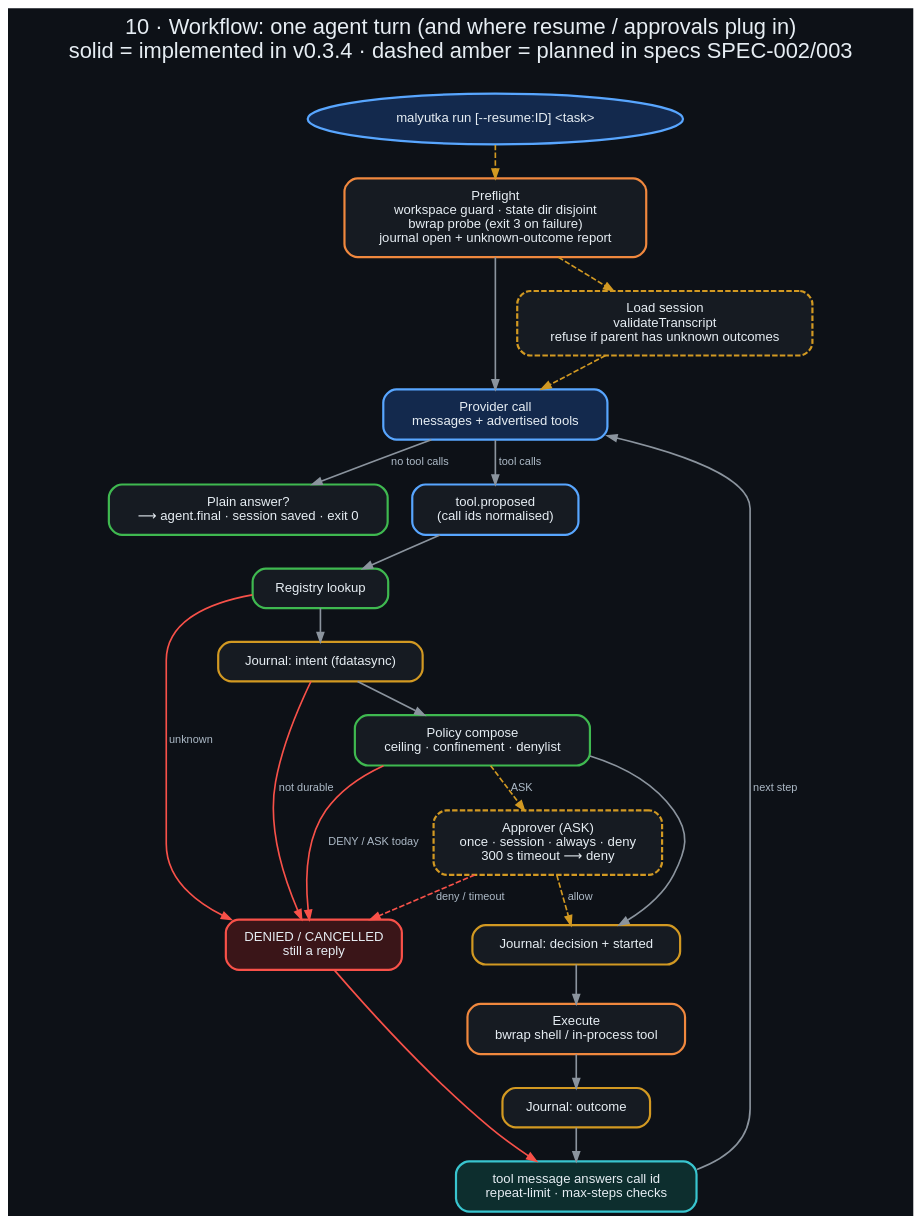
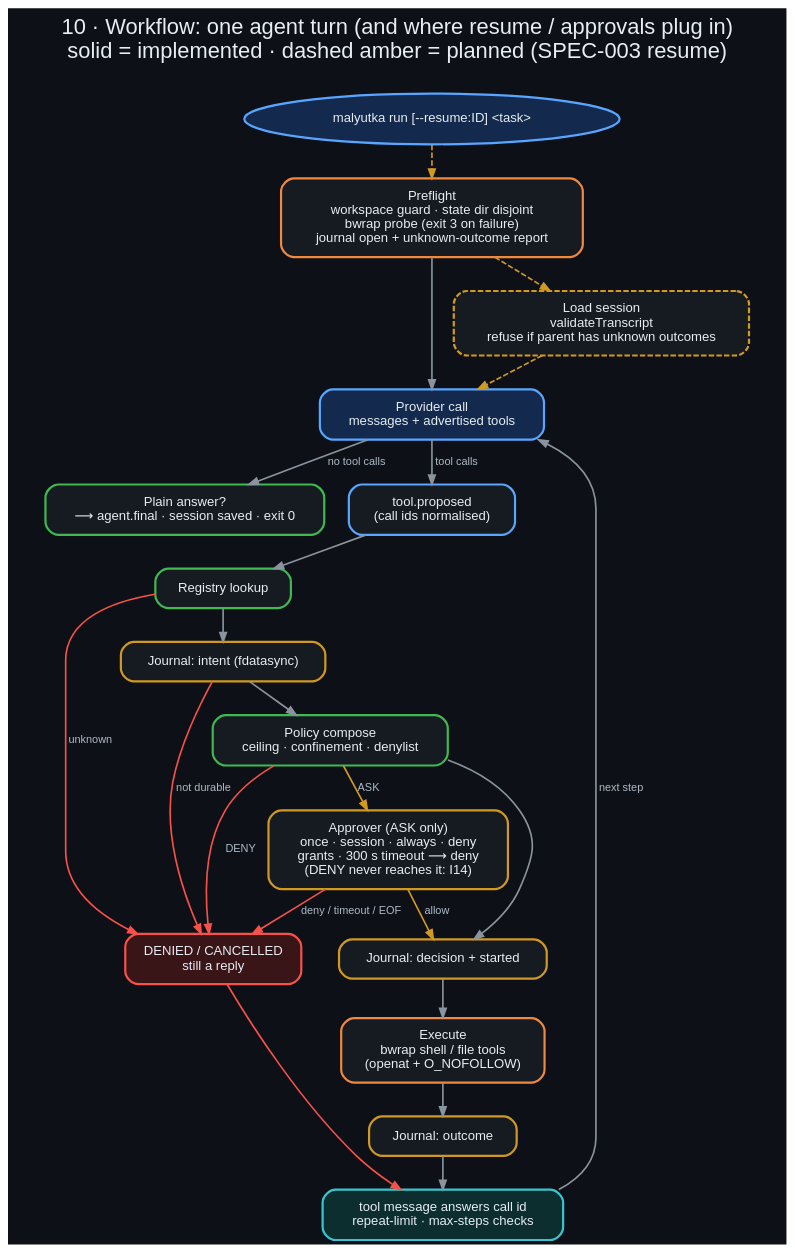
Before and after one commit to danindiana/malyutka: the diagram in docs/diagrams/10_workflow.dot, drawn with Graphviz. The commit also changed 38 other files, not shown here.

First line of the commit message:
feat: file tools and ASK approvals (M2, v0.4.0)

```diff
--- a/docs/diagrams/10_workflow.dot
+++ b/docs/diagrams/10_workflow.dot
@@ -1,37 +1,37 @@
 digraph workflow {
     graph [bgcolor="#0d1117", fontname="Helvetica", fontcolor="#e6edf3", labelloc="t", fontsize=20, rankdir=TB,
-           label="10 · Workflow: one agent turn (and where resume / approvals plug in)\nsolid = implemented in v0.3.4 · dashed amber = planned in specs SPEC-002/003\n ", nodesep=0.3, ranksep=0.4];
+           label="10 · Workflow: one agent turn (and where resume / approvals plug in)\nsolid = implemented · dashed amber = planned (SPEC-003 resume)\n ", nodesep=0.3, ranksep=0.4];
     node  [fontname="Helvetica", fontcolor="#e6edf3", color="#30363d", style="filled,rounded", shape=box, penwidth=2, margin="0.22,0.14", fillcolor="#161b22", fontsize=12];
     edge  [color="#8b949e", fontname="Helvetica", fontcolor="#adbac7", penwidth=1.5, arrowsize=0.85, fontsize=10];
 
     start [label="malyutka run [--resume:ID] <task>", shape=oval, color="#58a6ff", fillcolor="#13294d"];
     probe [label="Preflight\nworkspace guard · state dir disjoint\nbwrap probe (exit 3 on failure)\njournal open + unknown-outcome report", color="#f0883e"];
     resume [label="Load session\nvalidateTranscript\nrefuse if parent has unknown outcomes", color="#d29922", style="filled,rounded,dashed"];
     ask_model [label="Provider call\nmessages + advertised tools", color="#58a6ff", fillcolor="#13294d"];
     final [label="Plain answer?\n⟶ agent.final · session saved · exit 0", color="#3fb950"];
     prop [label="tool.proposed\n(call ids normalised)", color="#58a6ff"];
     reg [label="Registry lookup", color="#3fb950"];
     j1 [label="Journal: intent (fdatasync)", color="#d29922"];
     pol [label="Policy compose\nceiling · confinement · denylist", color="#3fb950"];
-    approver [label="Approver (ASK)\nonce · session · always · deny\n300 s timeout ⟶ deny", color="#d29922", style="filled,rounded,dashed"];
+    approver [label="Approver (ASK only)\nonce · session · always · deny\ngrants · 300 s timeout ⟶ deny\n(DENY never reaches it: I14)", color="#d29922"];
     j2 [label="Journal: decision + started", color="#d29922"];
-    exec [label="Execute\nbwrap shell / in-process tool", color="#f0883e"];
+    exec [label="Execute\nbwrap shell / file tools\n(openat + O_NOFOLLOW)", color="#f0883e"];
     j3 [label="Journal: outcome", color="#d29922"];
     obs [label="tool message answers call id\nrepeat-limit · max-steps checks", color="#39c5cf", fillcolor="#0d2e2e"];
     deny [label="DENIED / CANCELLED\nstill a reply", color="#f85149", fillcolor="#3a1518"];
 
     start -> probe -> resume [style=dashed, color="#d29922"];
     probe -> ask_model;
     resume -> ask_model [style=dashed, color="#d29922"];
     ask_model -> final [label="no tool calls"];
     ask_model -> prop [label="tool calls"];
     prop -> reg -> j1 -> pol -> j2 -> exec -> j3 -> obs;
     obs -> ask_model [label="next step"];
-    pol -> approver [label="ASK", style=dashed, color="#d29922"];
-    approver -> j2 [label="allow", style=dashed, color="#d29922"];
+    pol -> approver [label="ASK", color="#d29922"];
+    approver -> j2 [label="allow", color="#d29922"];
     reg -> deny [label="unknown", color="#f85149"];
     j1 -> deny [label="not durable", color="#f85149"];
-    pol -> deny [label="DENY / ASK today", color="#f85149"];
-    approver -> deny [label="deny / timeout", color="#f85149", style=dashed];
+    pol -> deny [label="DENY", color="#f85149"];
+    approver -> deny [label="deny / timeout / EOF", color="#f85149"];
     deny -> obs [color="#f85149"];
 }
```
